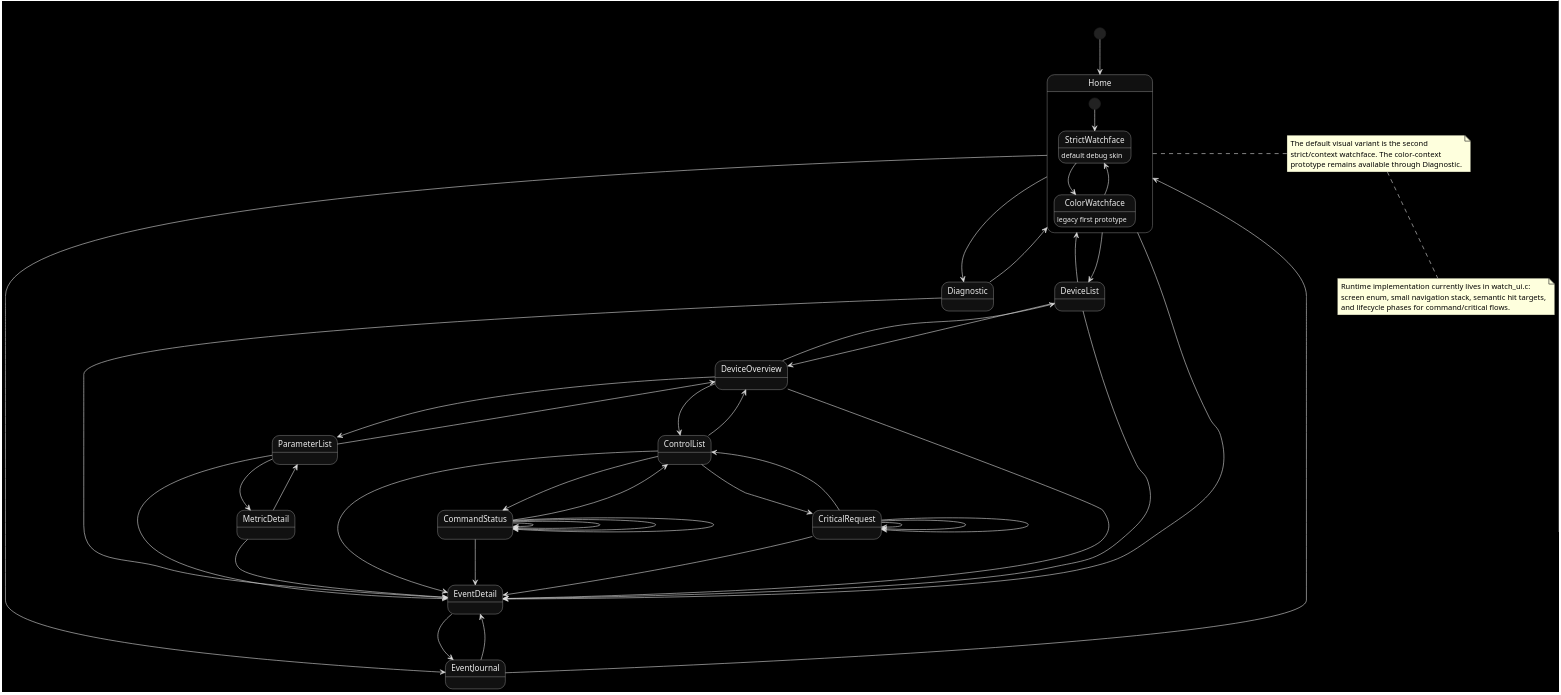
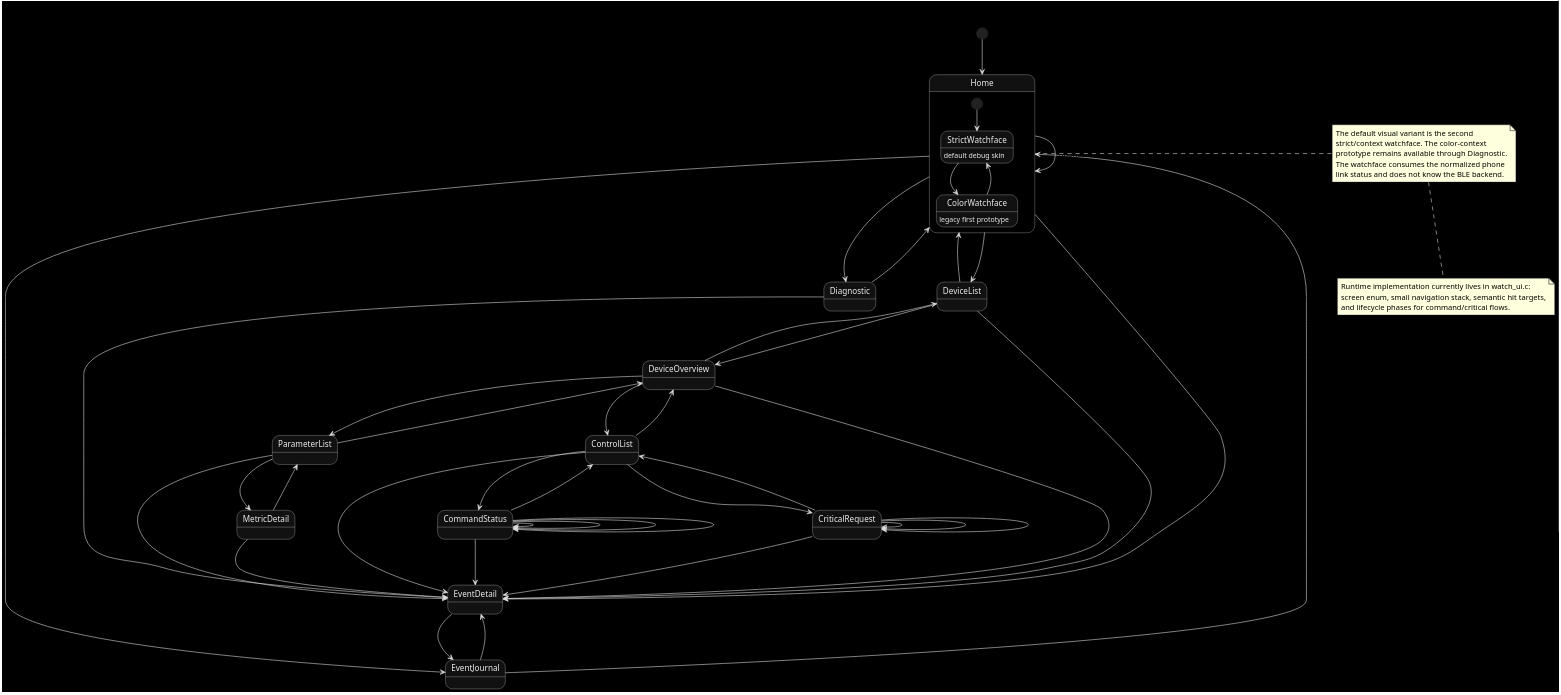
One commit to nsspost/promicro-nrf52840-watch changed the diagram in docs/GUI_STATE_MACHINE.puml. Above: the diagram before and after it, drawn with PlantUML. The commit also changed 4 other files, not shown here.

Commit message:
Show phone link status on watchface

```diff
--- a/docs/GUI_STATE_MACHINE.puml
+++ b/docs/GUI_STATE_MACHINE.puml
@@ -1,75 +1,78 @@
 @startuml
 title Tseho Watch GUI state machine v0
 
 skinparam state {
   BackgroundColor #111111
   BorderColor #DDDDDD
   FontColor #EEEEEE
 }
 skinparam ArrowColor #DDDDDD
 skinparam BackgroundColor #000000
 
 [*] --> Home
 
 state Home {
   [*] --> StrictWatchface
   StrictWatchface : default debug skin
   ColorWatchface : legacy first prototype
   StrictWatchface --> ColorWatchface : toggleSkin
   ColorWatchface --> StrictWatchface : toggleSkin
 }
 
 Home --> DeviceList : tap devices
 Home --> EventJournal : tap events
 Home --> Diagnostic : tap time area
+Home --> Home : phoneStatusChanged / redraw watchface status
 
 DeviceList --> DeviceOverview : tap device
 DeviceOverview --> ParameterList : tap parameters
 ParameterList --> MetricDetail : tap metric
 DeviceOverview --> ControlList : tap controls
 ControlList --> CommandStatus : tap command
 ControlList --> CriticalRequest : hold critical action
 
 EventJournal --> EventDetail : tap event
 Home --> EventDetail : present blocking event
 DeviceList --> EventDetail : present blocking event
 DeviceOverview --> EventDetail : present blocking event
 ParameterList --> EventDetail : present blocking event
 MetricDetail --> EventDetail : present blocking event
 ControlList --> EventDetail : present blocking event
 CommandStatus --> EventDetail : present blocking event
 CriticalRequest --> EventDetail : present blocking event
 Diagnostic --> EventDetail : present blocking event
 
 CommandStatus --> CommandStatus : submit / sending
 CommandStatus --> CommandStatus : result success
 CommandStatus --> CommandStatus : result rejected
 CommandStatus --> CommandStatus : result timeout
 
 CriticalRequest --> CriticalRequest : submit / waiting
 CriticalRequest --> CriticalRequest : result approved
 CriticalRequest --> CriticalRequest : result denied
 
 DeviceList --> Home : back
 DeviceOverview --> DeviceList : back
 ParameterList --> DeviceOverview : back
 MetricDetail --> ParameterList : back
 ControlList --> DeviceOverview : back
 CommandStatus --> ControlList : back
 CriticalRequest --> ControlList : back
 EventJournal --> Home : back
 EventDetail --> EventJournal : back or ack
 Diagnostic --> Home : back
 
 note right of Home
   The default visual variant is the second
   strict/context watchface. The color-context
   prototype remains available through Diagnostic.
+  The watchface consumes the normalized phone
+  link status and does not know the BLE backend.
 end note
 
 note bottom
   Runtime implementation currently lives in watch_ui.c:
   screen enum, small navigation stack, semantic hit targets,
   and lifecycle phases for command/critical flows.
 end note
 @enduml
```
